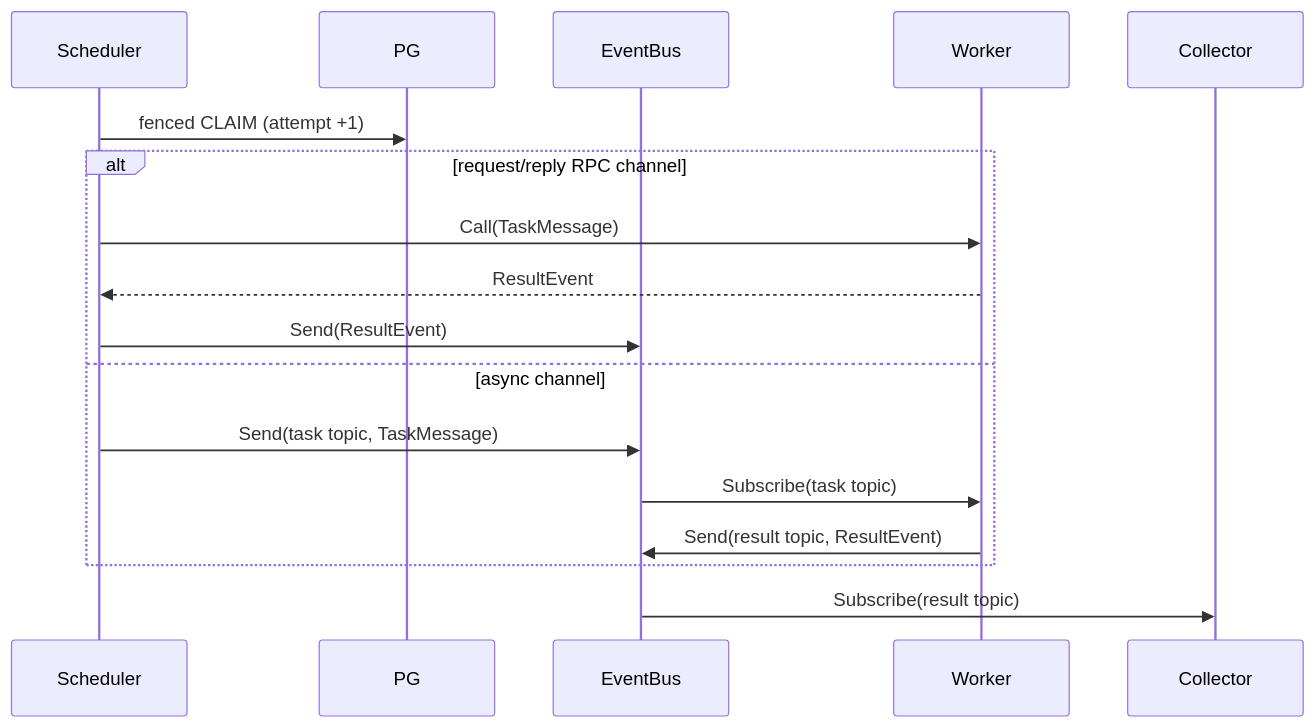
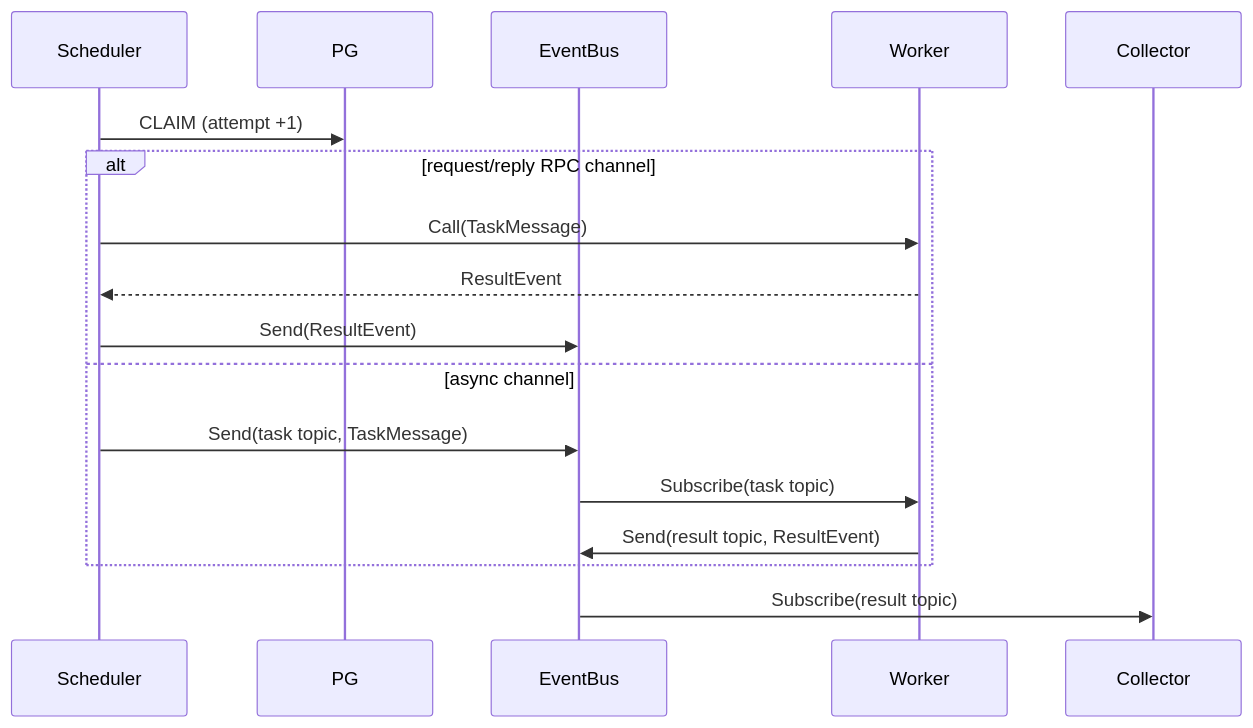
Before and after one commit to improvtrace/stateflux: the diagram in .docs/design/03-lifecycle.md, drawn with Mermaid. The commit also changed other lines of this file and 46 other files, not shown here.

````diff
--- a/.docs/design/03-lifecycle.md
+++ b/.docs/design/03-lifecycle.md
@@ -25,19 +24,19 @@
 ```mermaid
 sequenceDiagram
     participant S as Scheduler
     participant P as PG
     participant B as EventBus
     participant W as Worker
     participant C as Collector
-    S->>P: fenced CLAIM (attempt +1)
+    S->>P: CLAIM (attempt +1)
     alt request/reply RPC channel
         S->>W: Call(TaskMessage)
         W-->>S: ResultEvent
         S->>B: Send(ResultEvent)
     else async channel
         S->>B: Send(task topic, TaskMessage)
         B->>W: Subscribe(task topic)
         W->>B: Send(result topic, ResultEvent)
     end
     B->>C: Subscribe(result topic)
 ```
````
